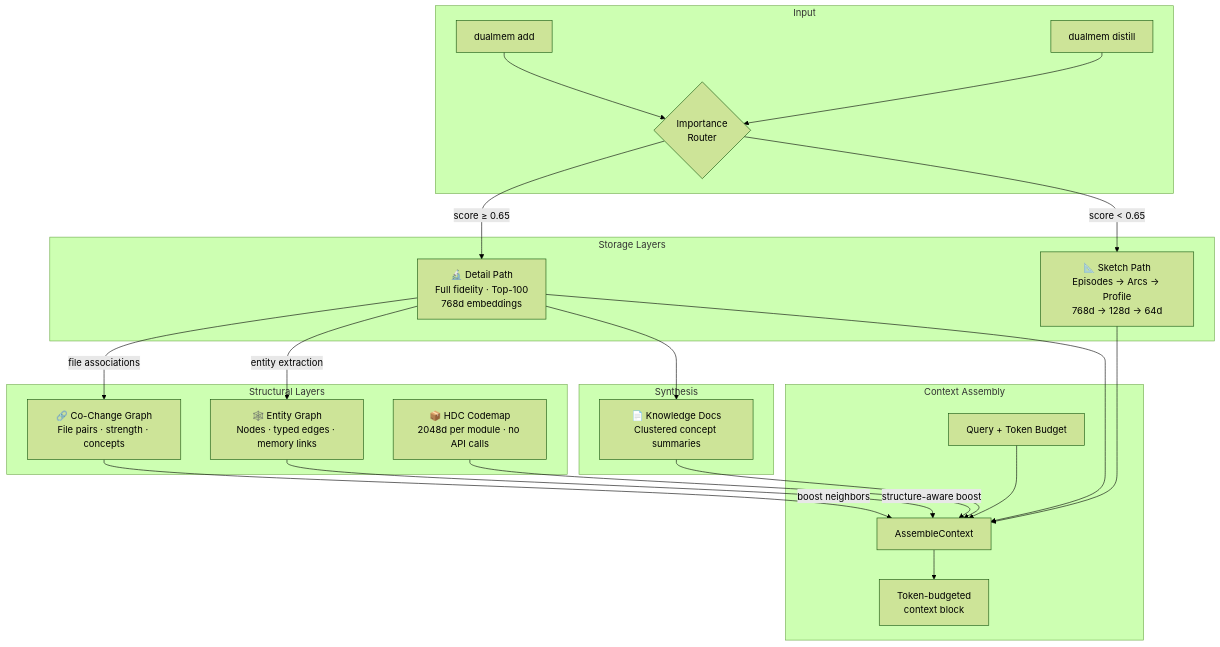
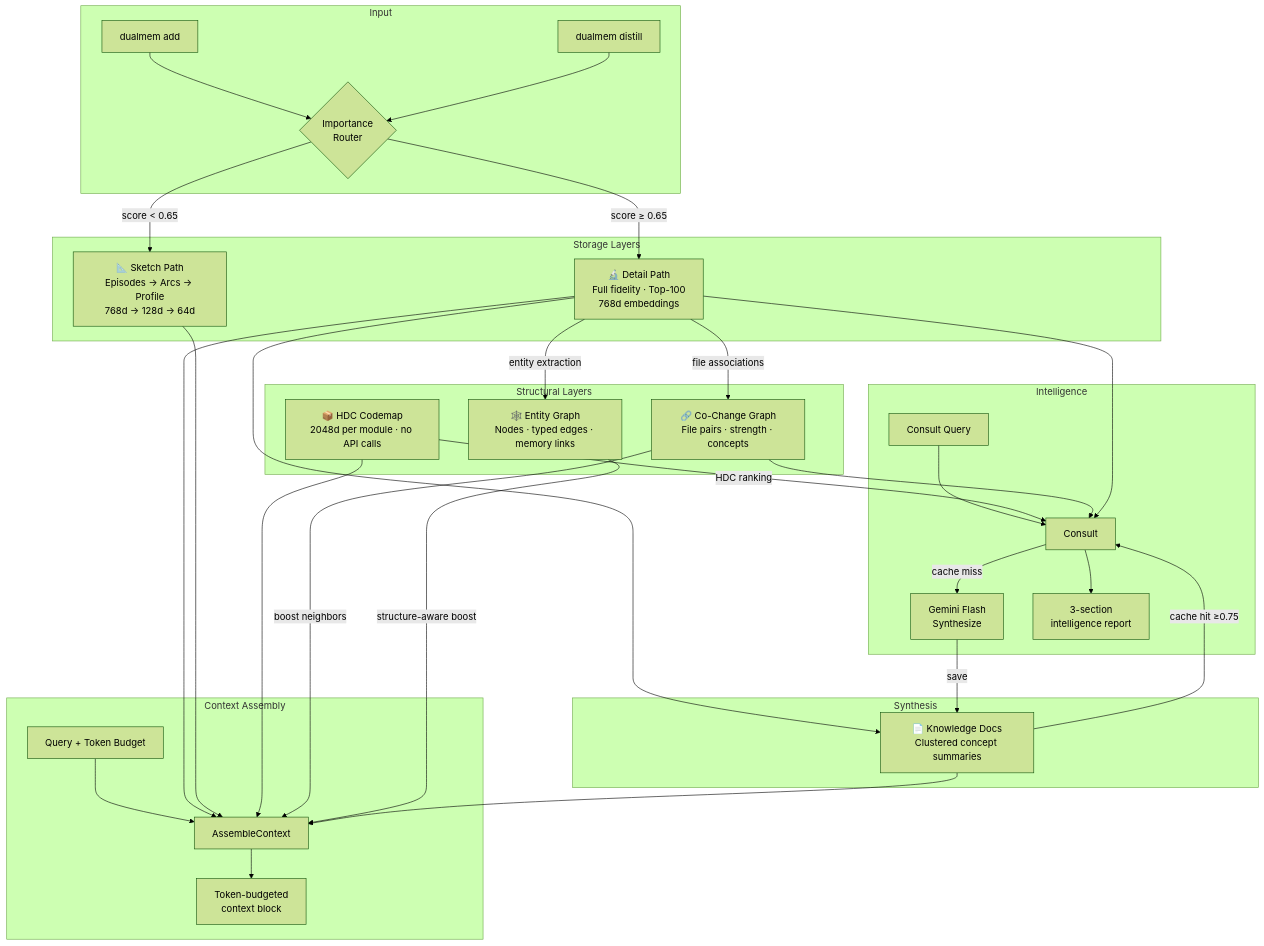
One commit to goblincore/geoffreyengram changed the diagram in README.md. Above: the diagram before and after it, drawn with Mermaid (forest theme). The commit also changed other lines of this file and 1 other file, not shown here.

First line of the commit message:
docs: add consult command to README and design spec

````diff
--- a/README.md
+++ b/README.md
@@ -9,33 +9,44 @@
 ```mermaid
 graph TB
     subgraph Input
         Add["dualmem add"] --> Router{"Importance<br/>Router"}
         Distill["dualmem distill"] --> Router
     end
 
     subgraph "Storage Layers"
         Router -->|"score ≥ 0.65"| Detail["🔬 Detail Path<br/>Full fidelity · Top-100<br/>768d embeddings"]
         Router -->|"score < 0.65"| Sketch["📐 Sketch Path<br/>Episodes → Arcs → Profile<br/>768d → 128d → 64d"]
     end
 
     subgraph "Structural Layers"
         Detail -->|"file associations"| CoChange["🔗 Co-Change Graph<br/>File pairs · strength · concepts"]
         Detail -->|"entity extraction"| EntityGraph["🕸️ Entity Graph<br/>Nodes · typed edges · memory links"]
         CodeMap["📦 HDC Codemap<br/>2048d per module · no API calls"]
     end
 
     subgraph "Synthesis"
         Detail --> KDocs["📄 Knowledge Docs<br/>Clustered concept summaries"]
     end
 
     subgraph "Context Assembly"
         Query["Query + Token Budget"] --> Context["AssembleContext"]
         Detail --> Context
         Sketch --> Context
         CodeMap --> Context
         CoChange -->|"boost neighbors"| Context
         EntityGraph -->|"structure-aware boost"| Context
         KDocs --> Context
         Context --> Output["Token-budgeted<br/>context block"]
     end
+
+    subgraph "Intelligence"
+        ConsultQ["Consult Query"] --> Consult["Consult"]
+        KDocs -->|"cache hit ≥0.75"| Consult
+        CodeMap -->|"HDC ranking"| Consult
+        CoChange --> Consult
+        Detail --> Consult
+        Consult -->|"cache miss"| LLM["Gemini Flash<br/>Synthesize"]
+        LLM -->|"save"| KDocs
+        Consult --> Report["3-section<br/>intelligence report"]
+    end
 ```
````
